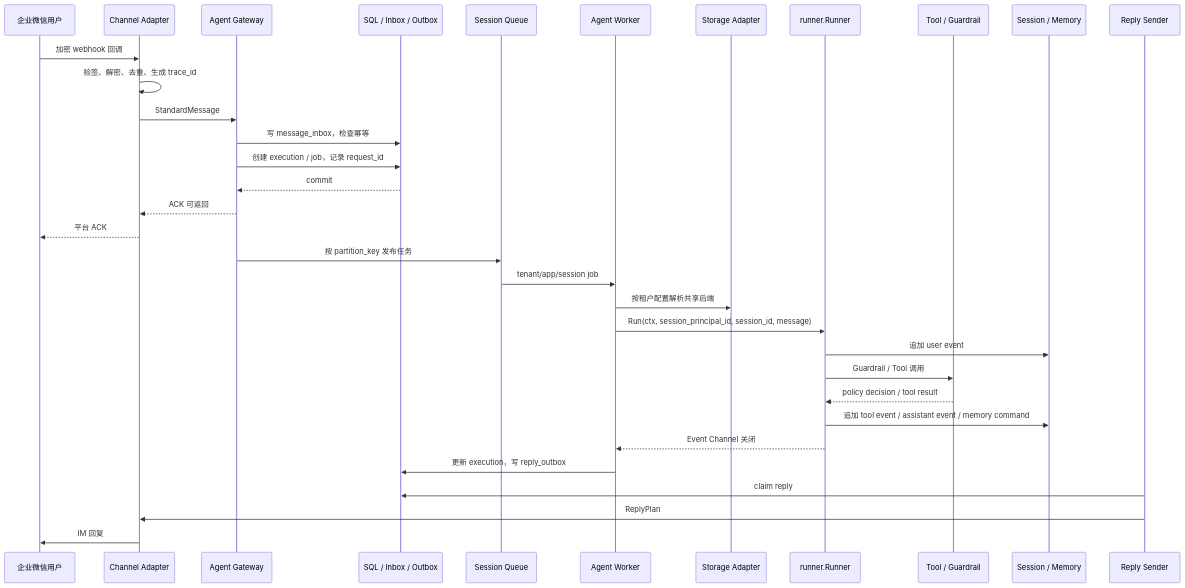
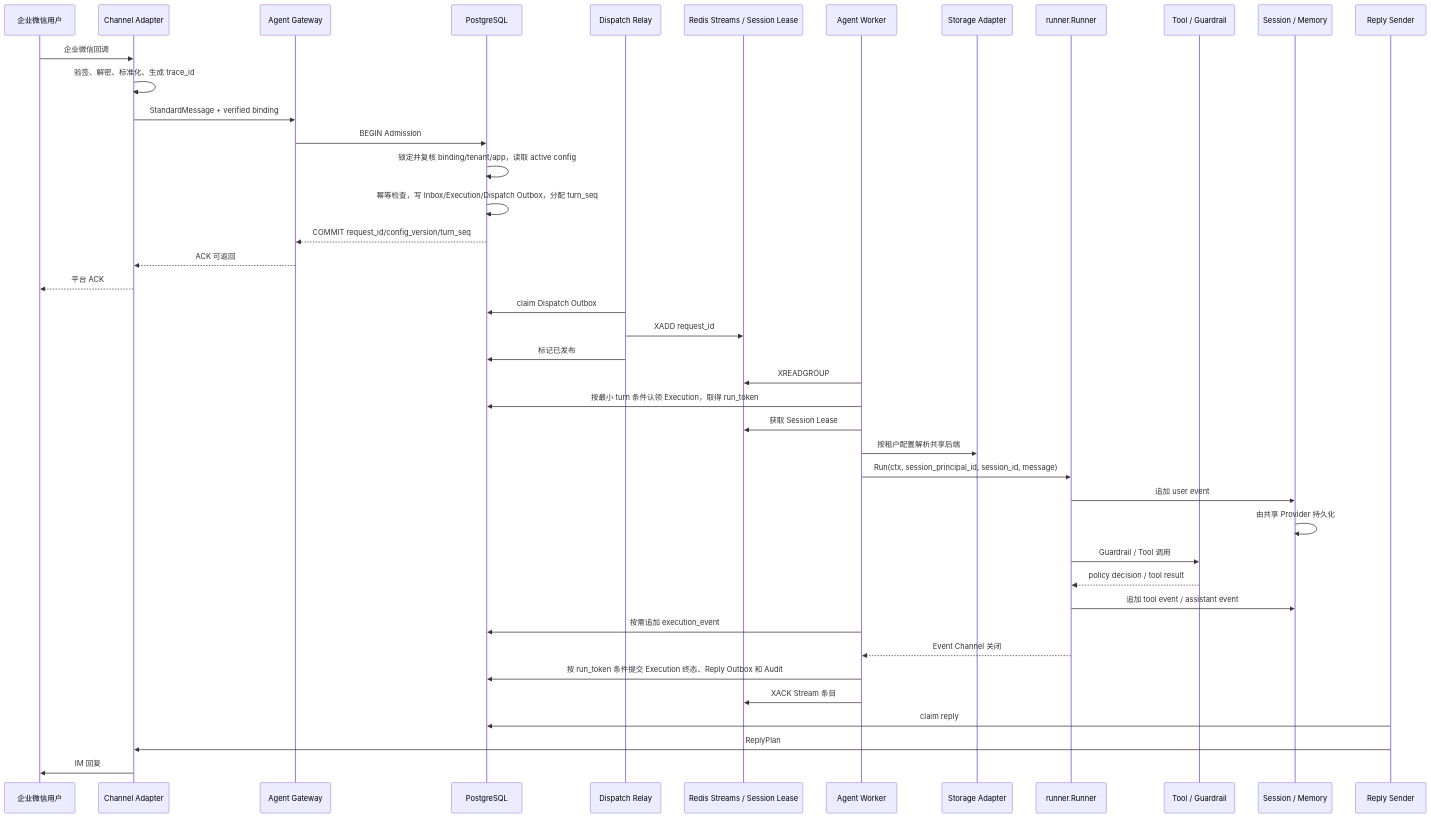
One commit to Yukua1/trpc-agent-service changed the first of 2 diagrams in docs/deliverables/sequence-flow.md. Above: the diagram before and after it, drawn with Mermaid. The commit also changed other lines of this file and 80 other files, not shown here.

````diff
--- a/docs/deliverables/sequence-flow.md
+++ b/docs/deliverables/sequence-flow.md
@@ -5,36 +5,45 @@
 ```mermaid
 sequenceDiagram
     participant U as 企业微信用户
     participant C as Channel Adapter
     participant G as Agent Gateway
-    participant D as SQL / Inbox / Outbox
-    participant Q as Session Queue
+    participant D as PostgreSQL
+    participant L as Dispatch Relay
+    participant Q as Redis Streams / Session Lease
     participant W as Agent Worker
     participant S as Storage Adapter
     participant R as runner.Runner
     participant T as Tool / Guardrail
     participant M as Session / Memory
     participant O as Reply Sender
 
-    U->>C: 加密 webhook 回调
-    C->>C: 验签、解密、去重、生成 trace_id
-    C->>G: StandardMessage
-    G->>D: 写 message_inbox，检查幂等
-    G->>D: 创建 execution / job，记录 request_id
-    D-->>G: commit
+    U->>C: 企业微信回调
+    C->>C: 验签、解密、标准化、生成 trace_id
+    C->>G: StandardMessage + verified binding
+    G->>D: BEGIN Admission
+    D->>D: 锁定并复核 binding/tenant/app，读取 active config
+    D->>D: 幂等检查，写 Inbox/Execution/Dispatch Outbox，分配 turn_seq
+    D-->>G: COMMIT request_id/config_version/turn_seq
     G-->>C: ACK 可返回
     C-->>U: 平台 ACK
-    G->>Q: 按 partition_key 发布任务
-    Q->>W: tenant/app/session job
+    L->>D: claim Dispatch Outbox
+    L->>Q: XADD request_id
+    L->>D: 标记已发布
+    W->>Q: XREADGROUP
+    W->>D: 按最小 turn 条件认领 Execution，取得 run_token
+    W->>Q: 获取 Session Lease
     W->>S: 按租户配置解析共享后端
     W->>R: Run(ctx, session_principal_id, session_id, message)
     R->>M: 追加 user event
+    M->>M: 由共享 Provider 持久化
     R->>T: Guardrail / Tool 调用
     T-->>R: policy decision / tool result
-    R->>M: 追加 tool event / assistant event / memory command
+    R->>M: 追加 tool event / assistant event
+    W->>D: 按需追加 execution_event
     R-->>W: Event Channel 关闭
-    W->>D: 更新 execution，写 reply_outbox
+    W->>D: 按 run_token 条件提交 Execution 终态、Reply Outbox 和 Audit
+    W->>Q: XACK Stream 条目
     O->>D: claim reply
     O->>C: ReplyPlan
     C->>U: IM 回复
 ```
````
